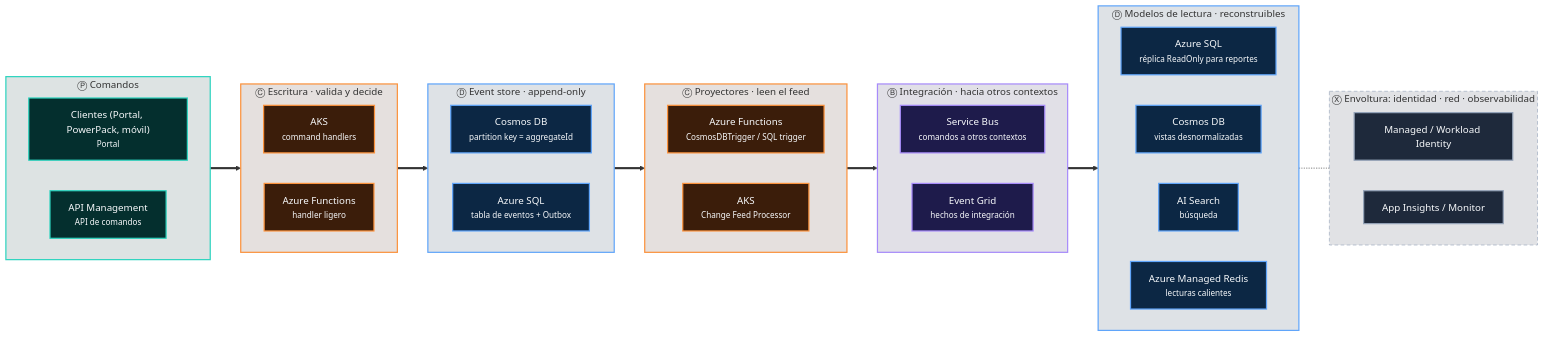
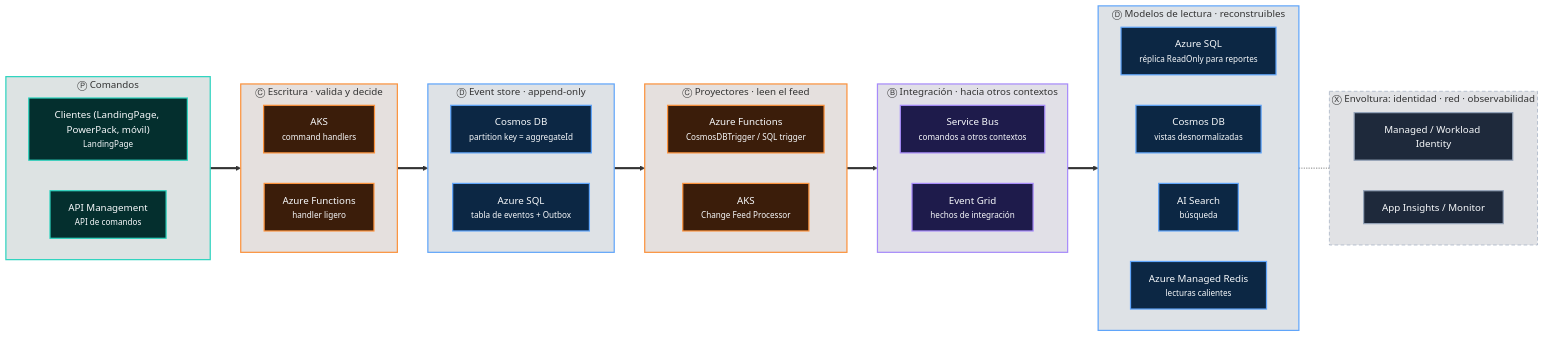
Before and after one commit to CristianSifuentes/QuickTheoryNET: the sixth of 13 diagrams in docs/11-trece-arquitecturas-como-frases.md, drawn with Mermaid. The commit also changed other lines of this file and 23 other files, not shown here.

First line of the commit message:
Rename the Portal project to LandingPage

````diff
--- a/docs/11-trece-arquitecturas-como-frases.md
+++ b/docs/11-trece-arquitecturas-como-frases.md
@@ -544,59 +544,59 @@
 ```mermaid
 flowchart LR
     subgraph L0["Ⓟ Comandos"]
         direction LR
-        L0_0["Clientes (Portal, PowerPack, móvil)<br/><small>Portal</small>"]:::P
+        L0_0["Clientes (LandingPage, PowerPack, móvil)<br/><small>LandingPage</small>"]:::P
         L0_1["API Management<br/><small>API de comandos</small>"]:::P
     end
     style L0 fill:#042F2E22,stroke:#2DD4BF,stroke-width:2px
     subgraph L1["Ⓒ Escritura · valida y decide"]
         direction LR
         L1_0["AKS<br/><small>command handlers</small>"]:::C
         L1_1["Azure Functions<br/><small>handler ligero</small>"]:::C
     end
     style L1 fill:#3B1D0A22,stroke:#FB923C,stroke-width:2px
     subgraph L2["Ⓓ Event store · append-only"]
         direction LR
         L2_0["Cosmos DB<br/><small>partition key = aggregateId</small>"]:::D
         L2_1["Azure SQL<br/><small>tabla de eventos + Outbox</small>"]:::D
     end
     style L2 fill:#0C274422,stroke:#60A5FA,stroke-width:2px
     subgraph L3["Ⓒ Proyectores · leen el feed"]
         direction LR
         L3_0["Azure Functions<br/><small>CosmosDBTrigger / SQL trigger</small>"]:::C
         L3_1["AKS<br/><small>Change Feed Processor</small>"]:::C
     end
     style L3 fill:#3B1D0A22,stroke:#FB923C,stroke-width:2px
     subgraph L4["Ⓑ Integración · hacia otros contextos"]
         direction LR
         L4_0["Service Bus<br/><small>comandos a otros contextos</small>"]:::B
         L4_1["Event Grid<br/><small>hechos de integración</small>"]:::B
     end
     style L4 fill:#1E1B4B22,stroke:#A78BFA,stroke-width:2px
     subgraph L5["Ⓓ Modelos de lectura · reconstruibles"]
         direction LR
         L5_0["Azure SQL<br/><small>réplica ReadOnly para reportes</small>"]:::D
         L5_1["Cosmos DB<br/><small>vistas desnormalizadas</small>"]:::D
         L5_2["AI Search<br/><small>búsqueda</small>"]:::D
         L5_3["Azure Managed Redis<br/><small>lecturas calientes</small>"]:::D
     end
     style L5 fill:#0C274422,stroke:#60A5FA,stroke-width:2px
     L0 ==> L1
     L1 ==> L2
     L2 ==> L3
     L3 ==> L4
     L4 ==> L5
     subgraph XX["Ⓧ Envoltura: identidad · red · observabilidad"]
         direction LR
         X0["Managed / Workload Identity"]:::X
         X1["App Insights / Monitor"]:::X
     end
     style XX fill:#1E293B22,stroke:#94A3B8,stroke-dasharray:6 4
     L5 -.- XX
     classDef P fill:#042F2E,stroke:#2DD4BF,color:#F8FAFC,stroke-width:2px
     classDef B fill:#1E1B4B,stroke:#A78BFA,color:#F8FAFC,stroke-width:2px
     classDef C fill:#3B1D0A,stroke:#FB923C,color:#F8FAFC,stroke-width:2px
     classDef D fill:#0C2744,stroke:#60A5FA,color:#F8FAFC,stroke-width:2px
     classDef S fill:#1A2E05,stroke:#A3E635,color:#F8FAFC,stroke-width:2px
     classDef X fill:#1E293B,stroke:#94A3B8,color:#F8FAFC,stroke-width:2px
 ```
````
